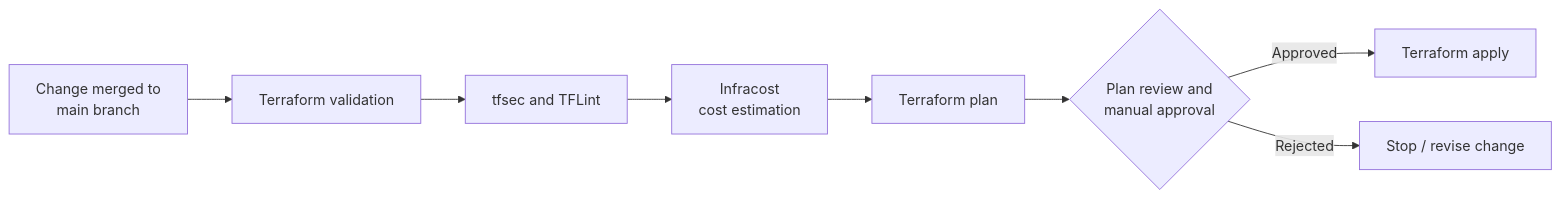
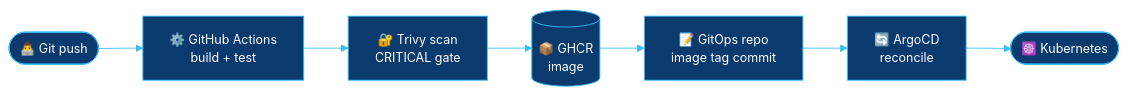
The first of 4 diagrams in README.md (aniket-devop/azure-landing-zone-devsecops), drawn with Mermaid before and after one commit. The commit also changed other lines of this file, not shown here.

Commit message:
Redesign README and add architecture diagram

````diff
--- a/README.md
+++ b/README.md
@@ -254,10 +117,10 @@
 ```mermaid
+%%{init: {'theme':'base','themeVariables':{'primaryColor':'#0B3A6F','primaryTextColor':'#ffffff','primaryBorderColor':'#38BDF8','lineColor':'#38BDF8','secondaryColor':'#0F1A2E','tertiaryColor':'#0F1A2E','fontSize':'14px'}}}%%
 flowchart LR
-    A[Change merged to<br/>main branch] --> B[Terraform validation]
-    B --> C[tfsec and TFLint]
-    C --> D[Infracost<br/>cost estimation]
-    D --> E[Terraform plan]
-    E --> F{Plan review and<br/>manual approval}
-    F -->|Approved| G[Terraform apply]
-    F -->|Rejected| H[Stop / revise change]
+    A([👨‍💻 Git push]) --> B[⚙️ GitHub Actions<br/>build + test]
+    B --> C[🔐 Trivy scan<br/>CRITICAL gate]
+    C --> D[(📦 GHCR<br/>image)]
+    D --> E[📝 GitOps repo<br/>image tag commit]
+    E --> F[🔄 ArgoCD<br/>reconcile]
+    F --> G([☸️ Kubernetes])
 ```
````
